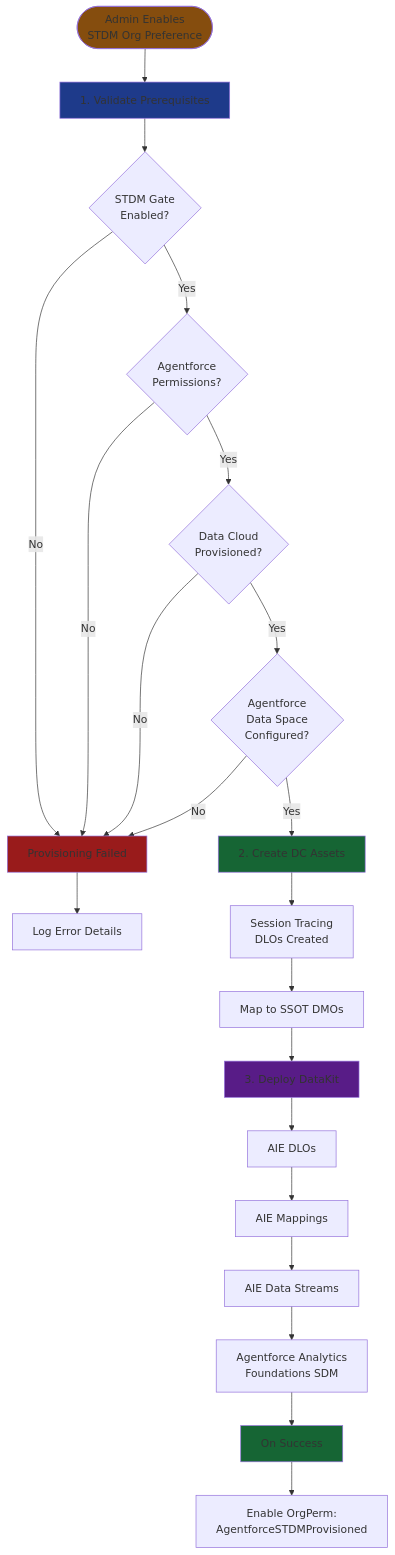
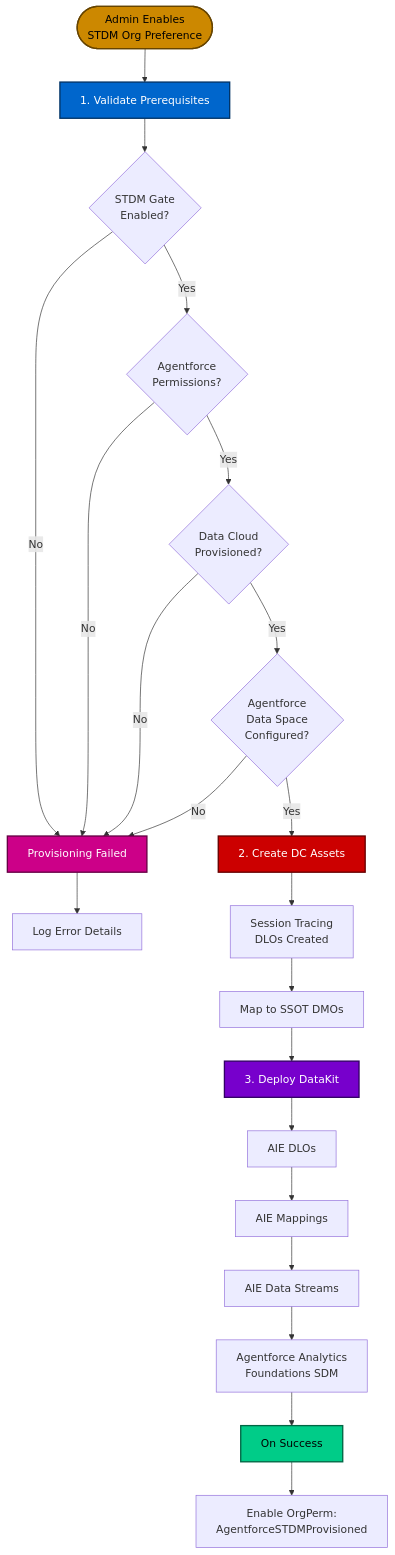
One commit to arupsarkar-sfdc/Misc changed the seventh of 11 diagrams in agentforce/observability/README_Agentforce_Observability_System_Architecture.md. Above: the diagram before and after it, drawn with Mermaid. The commit also changed other lines of this file, not shown here.

Commit message:
Updated color scheme of all diagrams

````diff
--- a/agentforce/observability/README_Agentforce_Observability_System_Architecture.md
+++ b/agentforce/observability/README_Agentforce_Observability_System_Architecture.md
@@ -624,34 +624,34 @@
 ```mermaid
 graph TD
     START([Admin Enables<br/>STDM Org Preference]) --> VALIDATE
     
     VALIDATE[1. Validate Prerequisites] --> V1{STDM Gate<br/>Enabled?}
     V1 -->|No| FAIL1[Provisioning Failed]
     V1 -->|Yes| V2{Agentforce<br/>Permissions?}
     V2 -->|No| FAIL1
     V2 -->|Yes| V3{Data Cloud<br/>Provisioned?}
     V3 -->|No| FAIL1
     V3 -->|Yes| V4{Agentforce<br/>Data Space<br/>Configured?}
     V4 -->|No| FAIL1
     V4 -->|Yes| CREATE
     
     CREATE[2. Create DC Assets] --> C1[Session Tracing<br/>DLOs Created]
     C1 --> C2[Map to SSOT DMOs]
     C2 --> DEPLOY
     
     DEPLOY[3. Deploy DataKit] --> D1[AIE DLOs]
     D1 --> D2[AIE Mappings]
     D2 --> D3[AIE Data Streams]
     D3 --> D4[Agentforce Analytics<br/>Foundations SDM]
     D4 --> SUCCESS
     
     SUCCESS[On Success] --> PERM[Enable OrgPerm:<br/>AgentforceSTDMProvisioned]
     FAIL1 --> LOG[Log Error Details]
     
-    style START fill:#854d0e
-    style VALIDATE fill:#1e3a8a
-    style CREATE fill:#166534
-    style DEPLOY fill:#581c87
-    style SUCCESS fill:#166534
-    style FAIL1 fill:#991b1b
+    style START fill:#CC8800,stroke:#664400,stroke-width:2px,color:#000
+    style VALIDATE fill:#0066CC,stroke:#003366,stroke-width:2px,color:#FFF
+    style CREATE fill:#CC0000,stroke:#660000,stroke-width:2px,color:#FFF
+    style DEPLOY fill:#7700CC,stroke:#330066,stroke-width:2px,color:#FFF
+    style SUCCESS fill:#00CC88,stroke:#006644,stroke-width:2px,color:#000
+    style FAIL1 fill:#CC0088,stroke:#660044,stroke-width:2px,color:#FFF
 ```
````
